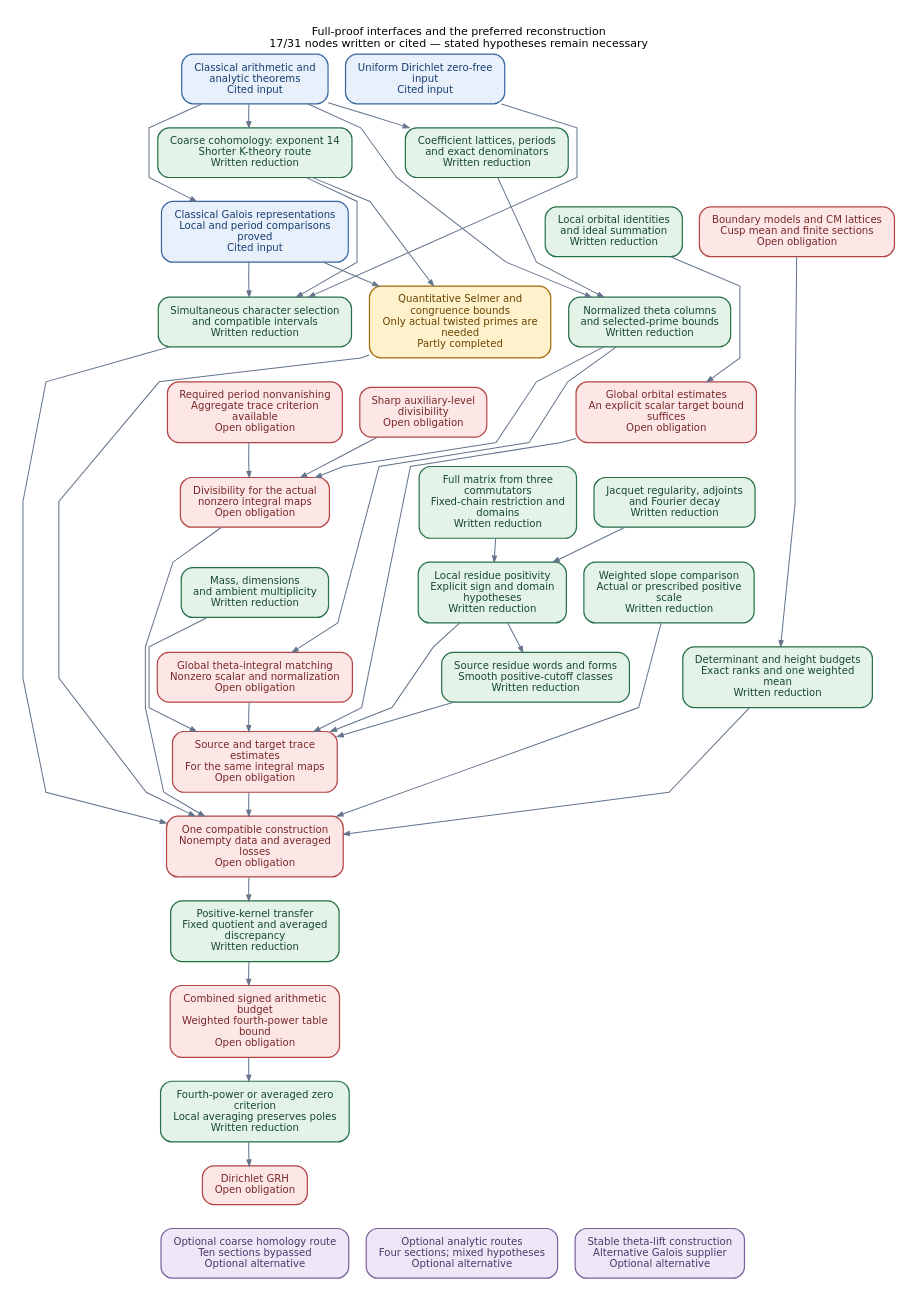
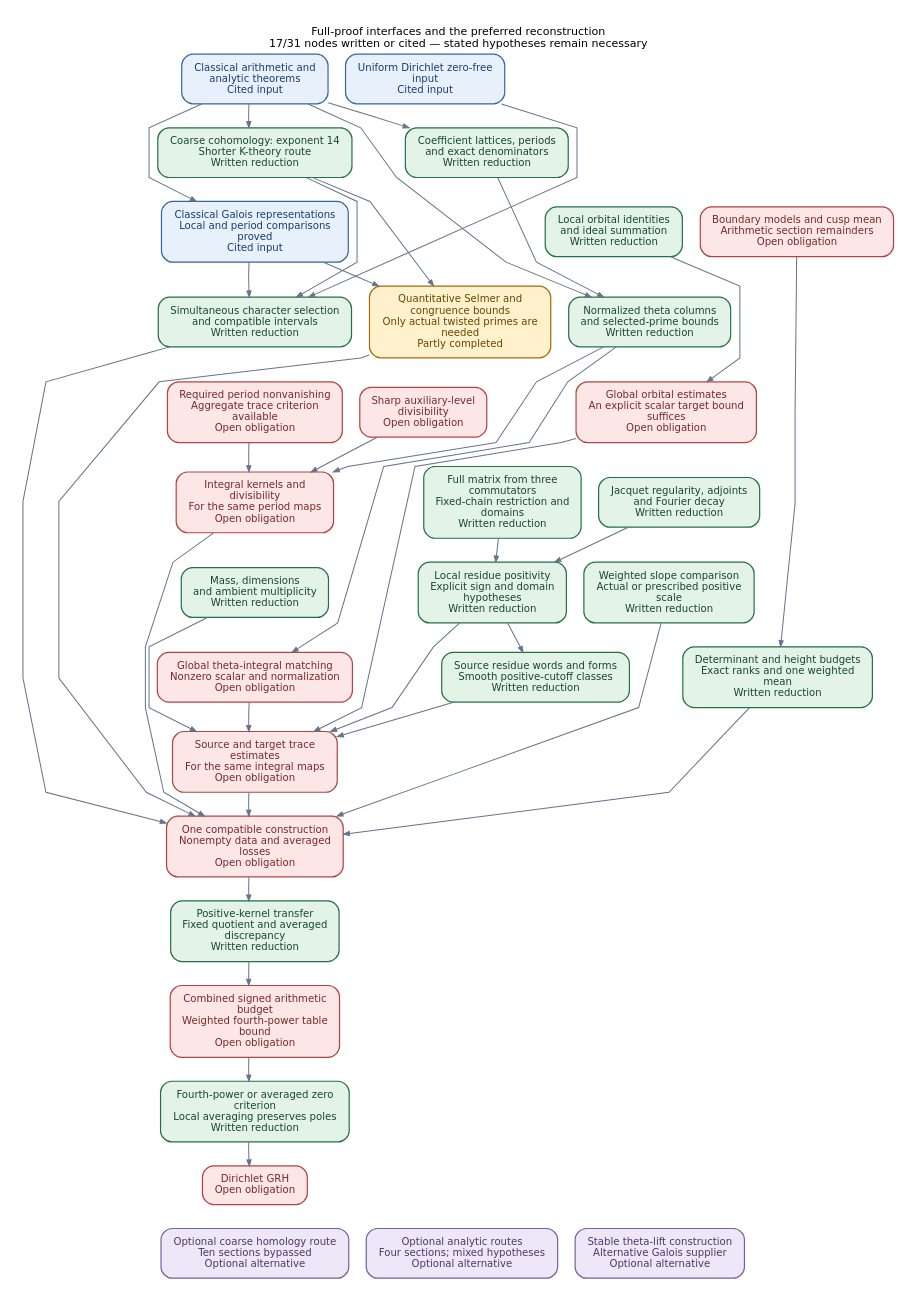
One commit to JoseBrox/GRH_distillation changed the diagram in blueprint/technical.dot. Above: the diagram before and after it, drawn with Graphviz. The commit also changed 56 other files, not shown here.

```diff
--- a/blueprint/technical.dot
+++ b/blueprint/technical.dot
@@ -1,119 +1,119 @@
 digraph proof {
 graph [rankdir=TB, bgcolor="white", pad="0.24", nodesep="0.30", ranksep="0.48",
   fontname="DejaVu Sans", fontsize=12, labelloc=t, label="Full-proof interfaces and the preferred reconstruction\n17/31 nodes written or cited — stated hypotheses remain necessary", splines=polyline];
 node [shape=box, style="rounded,filled", fontname="DejaVu Sans", fontsize=11,
   margin="0.18,0.12", penwidth=1.3];
 edge [color="#64748B", penwidth=1.1, arrowsize=0.65];
 graph [nodesep="0.26", ranksep="0.36"];
 "qrh" [label="Uniform Dirichlet zero-free\ninput\nCited input", fillcolor="#E8F0FC", color="#3566A0", fontcolor="#173D70"];
 "classical" [label="Classical arithmetic and\nanalytic theorems\nCited input", fillcolor="#E8F0FC", color="#3566A0", fontcolor="#173D70"];
 "selection" [label="Simultaneous character selection\nand compatible intervals\nWritten reduction", fillcolor="#E3F3E8", color="#267047", fontcolor="#17472E"];
 "coarse" [label="Coarse cohomology: exponent 14\nShorter K-theory route\nWritten reduction", fillcolor="#E3F3E8", color="#267047", fontcolor="#17472E"];
 "refined" [label="Quantitative Selmer and\ncongruence bounds\nOnly actual twisted primes are\nneeded\nPartly completed", fillcolor="#FFF1CC", color="#A66B0B", fontcolor="#694400"];
 "coefficients" [label="Coefficient lattices, periods\nand exact denominators\nWritten reduction", fillcolor="#E3F3E8", color="#267047", fontcolor="#17472E"];
 "theta" [label="Normalized theta columns\nand selected-prime bounds\nWritten reduction", fillcolor="#E3F3E8", color="#267047", fontcolor="#17472E"];
 "seed" [label="Required period nonvanishing\nAggregate trace criterion\navailable\nOpen obligation", fillcolor="#FCE6E6", color="#B44444", fontcolor="#792828"];
 "level" [label="Sharp auxiliary-level\ndivisibility\nOpen obligation", fillcolor="#FCE6E6", color="#B44444", fontcolor="#792828"];
-"divisibility" [label="Divisibility for the actual\nnonzero integral maps\nOpen obligation", fillcolor="#FCE6E6", color="#B44444", fontcolor="#792828"];
+"divisibility" [label="Integral kernels and\ndivisibility\nFor the same period maps\nOpen obligation", fillcolor="#FCE6E6", color="#B44444", fontcolor="#792828"];
 "local_orbits" [label="Local orbital identities\nand ideal summation\nWritten reduction", fillcolor="#E3F3E8", color="#267047", fontcolor="#17472E"];
 "global_orbits" [label="Global orbital estimates\nAn explicit scalar target bound\nsuffices\nOpen obligation", fillcolor="#FCE6E6", color="#B44444", fontcolor="#792828"];
 "dimensions" [label="Mass, dimensions\nand ambient multiplicity\nWritten reduction", fillcolor="#E3F3E8", color="#267047", fontcolor="#17472E"];
 "matrix" [label="Full matrix from three\ncommutators\nFixed-chain restriction and\ndomains\nWritten reduction", fillcolor="#E3F3E8", color="#267047", fontcolor="#17472E"];
 "jacquet" [label="Jacquet regularity, adjoints\nand Fourier decay\nWritten reduction", fillcolor="#E3F3E8", color="#267047", fontcolor="#17472E"];
 "residue" [label="Local residue positivity\nExplicit sign and domain\nhypotheses\nWritten reduction", fillcolor="#E3F3E8", color="#267047", fontcolor="#17472E"];
 "norms" [label="Source and target trace\nestimates\nFor the same integral maps\nOpen obligation", fillcolor="#FCE6E6", color="#B44444", fontcolor="#792828"];
 "slope" [label="Weighted slope comparison\nActual or prescribed positive\nscale\nWritten reduction", fillcolor="#E3F3E8", color="#267047", fontcolor="#17472E"];
 "compatible" [label="One compatible construction\nNonempty data and averaged\nlosses\nOpen obligation", fillcolor="#FCE6E6", color="#B44444", fontcolor="#792828"];
 "bound" [label="Combined signed arithmetic\nbudget\nWeighted fourth-power table\nbound\nOpen obligation", fillcolor="#FCE6E6", color="#B44444", fontcolor="#792828"];
 "criterion" [label="Fourth-power or averaged zero\ncriterion\nLocal averaging preserves poles\nWritten reduction", fillcolor="#E3F3E8", color="#267047", fontcolor="#17472E"];
 "grh" [label="Dirichlet GRH\nOpen obligation", fillcolor="#FCE6E6", color="#B44444", fontcolor="#792828"];
 "alt_homology" [label="Optional coarse homology route\nTen sections bypassed\nOptional alternative", fillcolor="#EEE7F7", color="#79609C", fontcolor="#4C3769"];
 "alt_analytic" [label="Optional analytic routes\nFour sections; mixed hypotheses\nOptional alternative", fillcolor="#EEE7F7", color="#79609C", fontcolor="#4C3769"];
 "galois" [label="Classical Galois representations\nLocal and period comparisons\nproved\nCited input", fillcolor="#E8F0FC", color="#3566A0", fontcolor="#173D70"];
 "stable_lift" [label="Stable theta-lift construction\nAlternative Galois supplier\nOptional alternative", fillcolor="#EEE7F7", color="#79609C", fontcolor="#4C3769"];
 "theta_identity" [label="Global theta-integral matching\nNonzero scalar and normalization\nOpen obligation", fillcolor="#FCE6E6", color="#B44444", fontcolor="#792828"];
-"geometry" [label="Boundary models and CM lattices\nCusp mean and finite sections\nOpen obligation", fillcolor="#FCE6E6", color="#B44444", fontcolor="#792828"];
+"geometry" [label="Boundary models and cusp mean\nArithmetic section remainders\nOpen obligation", fillcolor="#FCE6E6", color="#B44444", fontcolor="#792828"];
 "source_dictionary" [label="Source residue words and forms\nSmooth positive-cutoff classes\nWritten reduction", fillcolor="#E3F3E8", color="#267047", fontcolor="#17472E"];
 "covolume_defect" [label="Determinant and height budgets\nExact ranks and one weighted\nmean\nWritten reduction", fillcolor="#E3F3E8", color="#267047", fontcolor="#17472E"];
 "averaging" [label="Positive-kernel transfer\nFixed quotient and averaged\ndiscrepancy\nWritten reduction", fillcolor="#E3F3E8", color="#267047", fontcolor="#17472E"];
 "qrh" -> "selection";
 "classical" -> "coarse";
 "coarse" -> "selection";
 "coarse" -> "refined";
 "classical" -> "coefficients";
 "classical" -> "theta";
 "coefficients" -> "theta";
 "theta" -> "divisibility";
 "seed" -> "divisibility";
 "level" -> "divisibility";
 "local_orbits" -> "global_orbits";
 "global_orbits" -> "norms";
 "dimensions" -> "norms";
 "matrix" -> "residue";
 "jacquet" -> "residue";
 "residue" -> "norms";
 "selection" -> "compatible";
 "refined" -> "compatible";
 "divisibility" -> "compatible";
 "norms" -> "compatible";
 "slope" -> "compatible";
 "bound" -> "criterion";
 "criterion" -> "grh";
 "galois" -> "selection";
 "galois" -> "refined";
 "theta" -> "theta_identity";
 "theta_identity" -> "norms";
 "residue" -> "source_dictionary";
 "source_dictionary" -> "norms";
 "geometry" -> "covolume_defect";
 "covolume_defect" -> "compatible";
 "compatible" -> "averaging";
 "averaging" -> "bound";
 "classical" -> "galois";
 {rank=same; "classical"; "qrh";}
 {rank=same; "coarse"; "coefficients";}
 {rank=same; "galois"; "local_orbits"; "geometry";}
 {rank=same; "selection"; "refined"; "theta";}
 {rank=same; "seed"; "level"; "global_orbits";}
 {rank=same; "divisibility"; "matrix"; "jacquet";}
 {rank=same; "dimensions"; "residue"; "slope";}
 {rank=same; "theta_identity"; "source_dictionary"; "covolume_defect";}
 {rank=same; "norms";}
 {rank=same; "compatible";}
 {rank=same; "averaging";}
 {rank=same; "bound";}
 {rank=same; "criterion";}
 {rank=same; "grh";}
 {rank=same; "alt_homology"; "alt_analytic"; "stable_lift";}
 // Invisible edges below control layout only; they are not proof interfaces.
 "classical" -> "qrh" [style=invis, weight=50];
 "coarse" -> "coefficients" [style=invis, weight=50];
 "galois" -> "local_orbits" [style=invis, weight=50];
 "local_orbits" -> "geometry" [style=invis, weight=50];
 "selection" -> "refined" [style=invis, weight=50];
 "refined" -> "theta" [style=invis, weight=50];
 "seed" -> "level" [style=invis, weight=50];
 "level" -> "global_orbits" [style=invis, weight=50];
 "divisibility" -> "matrix" [style=invis, weight=50];
 "matrix" -> "jacquet" [style=invis, weight=50];
 "dimensions" -> "residue" [style=invis, weight=50];
 "residue" -> "slope" [style=invis, weight=50];
 "theta_identity" -> "source_dictionary" [style=invis, weight=50];
 "source_dictionary" -> "covolume_defect" [style=invis, weight=50];
 "alt_homology" -> "alt_analytic" [style=invis, weight=50];
 "alt_analytic" -> "stable_lift" [style=invis, weight=50];
 "classical" -> "coarse" [style=invis, weight=50];
 "coarse" -> "galois" [style=invis, weight=50];
 "galois" -> "selection" [style=invis, weight=50];
 "selection" -> "seed" [style=invis, weight=50];
 "seed" -> "divisibility" [style=invis, weight=50];
 "divisibility" -> "dimensions" [style=invis, weight=50];
 "dimensions" -> "theta_identity" [style=invis, weight=50];
 "theta_identity" -> "norms" [style=invis, weight=50];
 "norms" -> "compatible" [style=invis, weight=50];
 "compatible" -> "averaging" [style=invis, weight=50];
 "averaging" -> "bound" [style=invis, weight=50];
 "bound" -> "criterion" [style=invis, weight=50];
 "criterion" -> "grh" [style=invis, weight=50];
 "grh" -> "alt_homology" [style=invis, weight=50];
 }
```
